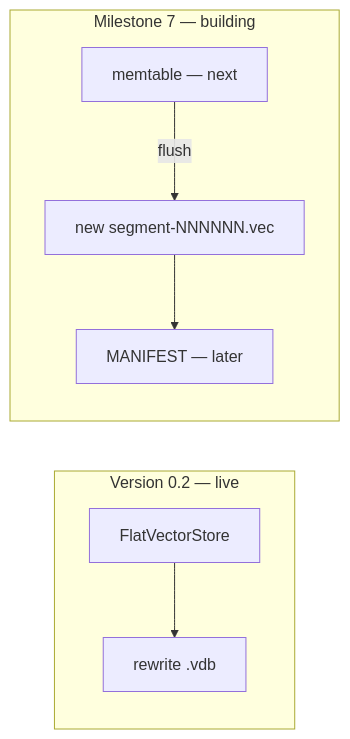
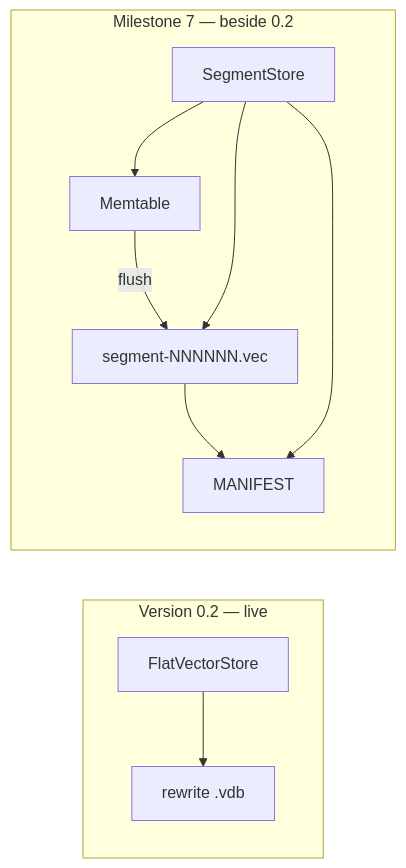
The sixth of 6 diagrams in README.md (Kumario1/vectorDB), drawn with Mermaid before and after one commit. The commit also changed other lines of this file, not shown here.

First line of the commit message:
docs: refresh README for Milestone 7 through SegmentStore

````diff
--- a/README.md
+++ b/README.md
@@ -438,11 +451,14 @@
 ```mermaid
 flowchart LR
   subgraph today["Version 0.2 — live"]
     ram["FlatVectorStore"] --> vdb["rewrite .vdb"]
   end
 
-  subgraph m7["Milestone 7 — building"]
-    mt["memtable — next"] -->|"flush"| seg["new segment-NNNNNN.vec"]
-    seg --> man["MANIFEST — later"]
+  subgraph m7["Milestone 7 — beside 0.2"]
+    mt["Memtable"] -->|"flush"| seg["segment-NNNNNN.vec"]
+    seg --> man["MANIFEST"]
+    ss["SegmentStore"] --> mt
+    ss --> man
+    ss --> seg
   end
 ```
````
